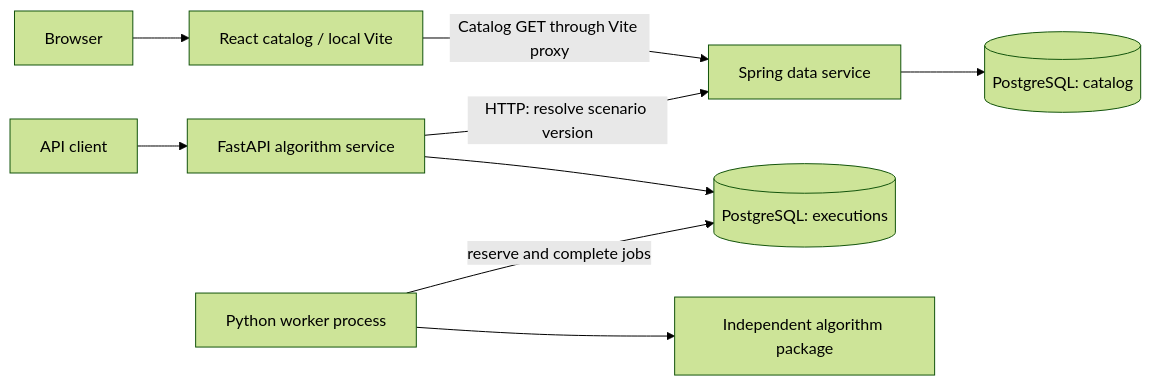
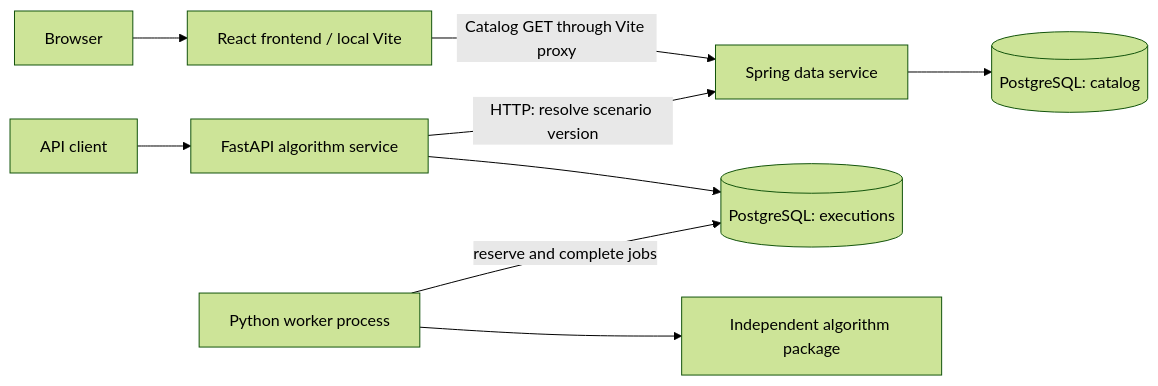
One commit to eseidinger/algorithms changed the diagram in docs/architecture/components-and-runtime.md. Above: the diagram before and after it, drawn with Mermaid (forest theme). The commit also changed other lines of this file and 15 other files, not shown here.

Commit message:
feat: start Fibonacci executions from the web frontend

````diff
--- a/docs/architecture/components-and-runtime.md
+++ b/docs/architecture/components-and-runtime.md
@@ -9,11 +9,11 @@
 ```mermaid
 flowchart LR
-    Browser[Browser] --> Web[React catalog / local Vite]
+    Browser[Browser] --> Web[React frontend / local Vite]
     Client[API client] --> API[FastAPI algorithm service]
     API -->|HTTP: resolve scenario version| Spring[Spring data service]
     Web -->|Catalog GET through Vite proxy| Spring
     Spring --> Catalog[(PostgreSQL: catalog)]
     API --> Jobs[(PostgreSQL: executions)]
     Worker[Python worker process] -->|reserve and complete jobs| Jobs
     Worker --> Core[Independent algorithm package]
 ```
````
